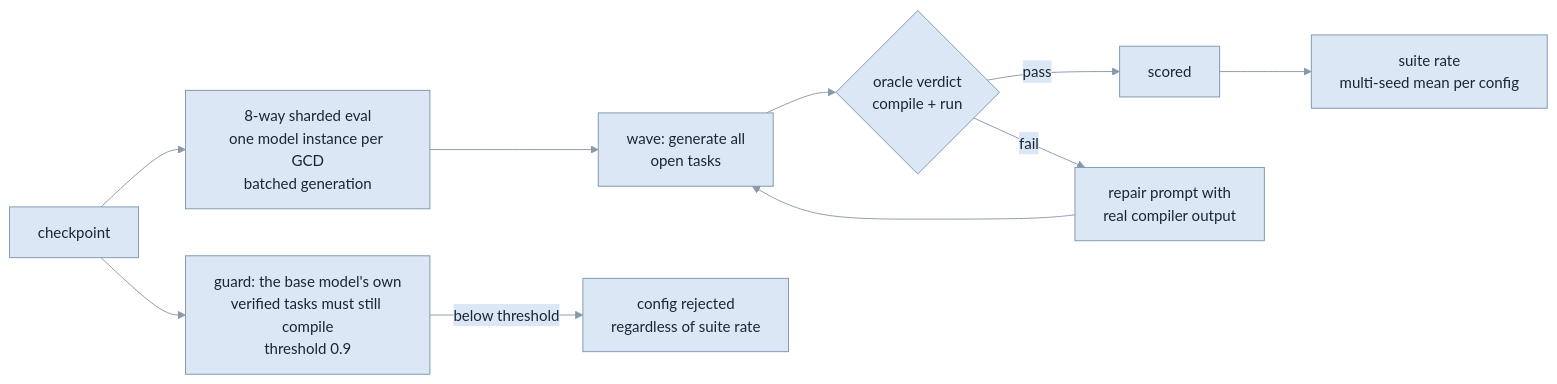
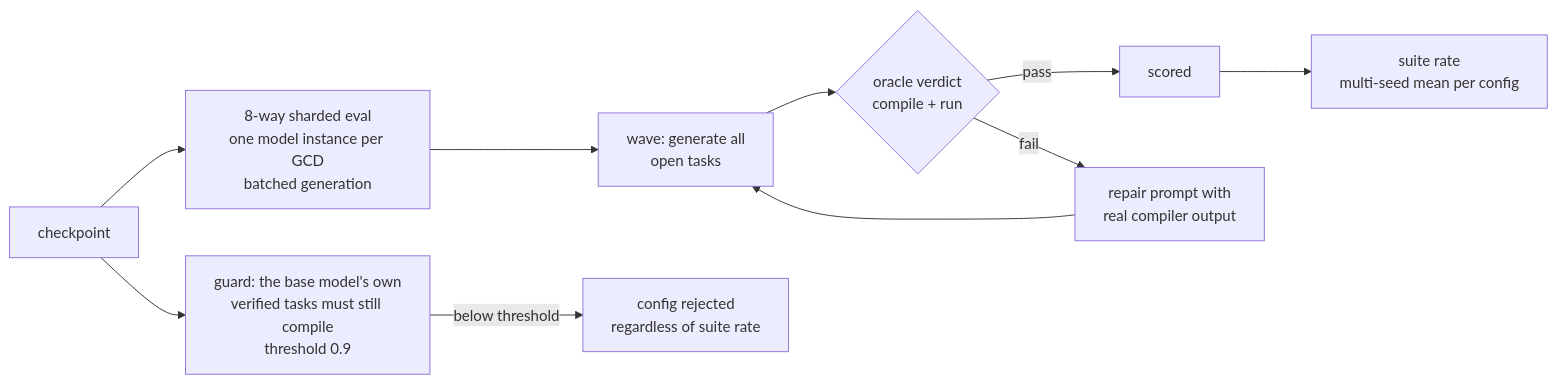
One commit to storax-io/storax-ai-train-rocm changed the fifth of 5 diagrams in docs/architecture.md. Above: the diagram before and after it, drawn with Mermaid. The commit also changed other lines of this file, not shown here.

Commit message:
flowcharts back to renderer-native theming (GitHub auto-adapts them well); keep the pie palette override (default was poor in dark mode)

````diff
--- a/docs/architecture.md
+++ b/docs/architecture.md
@@ -179,13 +176,12 @@
 ```mermaid
-%%{init: {"theme":"base","themeVariables":{"primaryColor":"#dbe7f5","primaryTextColor":"#1a2733","primaryBorderColor":"#7d96ad","secondaryColor":"#efe6d8","tertiaryColor":"#e4efdc","lineColor":"#8899aa","textColor":"#8895a3","clusterBkg":"#eef1f5","clusterBorder":"#9fb0c0","edgeLabelBackground":"#dbe7f5"}}}%%
 flowchart LR
     CK[checkpoint] --> SH[8-way sharded eval<br/>one model instance per GCD<br/>batched generation]
     SH --> W0[wave: generate all<br/>open tasks]
     W0 --> V{oracle verdict<br/>compile + run}
     V -- pass --> DONE[scored]
     V -- fail --> RP[repair prompt with<br/>real compiler output]
     RP --> W0
     DONE --> RATE[suite rate<br/>multi-seed mean per config]
     CK --> GRD[guard: the base model's own<br/>verified tasks must still compile<br/>threshold 0.9]
     GRD -- below threshold --> KILL[config rejected<br/>regardless of suite rate]
 ```
````
